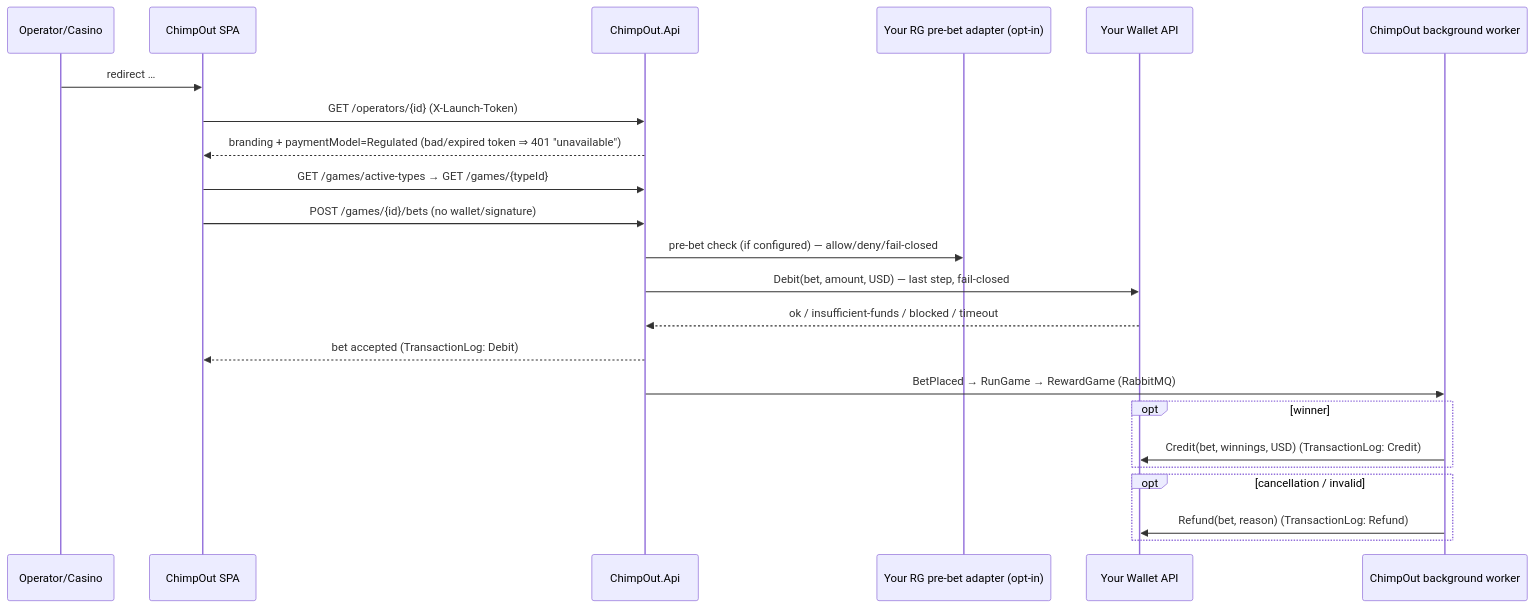
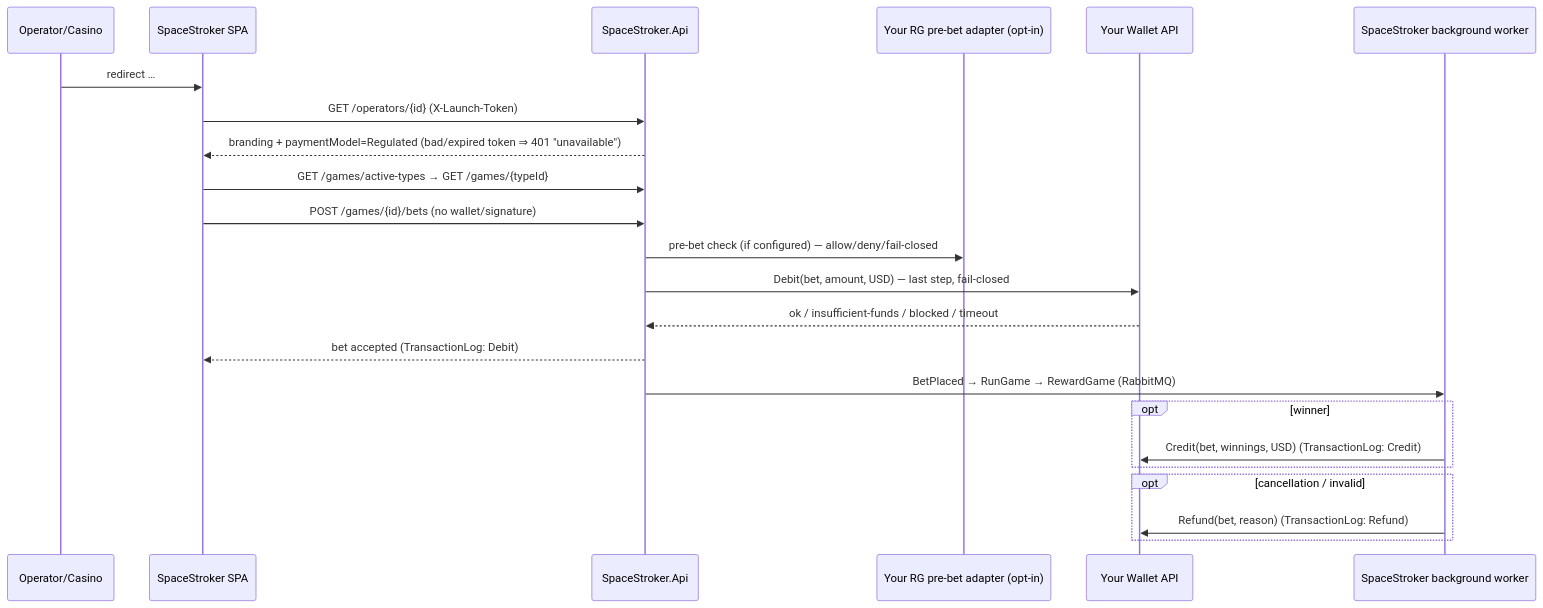
The first of 2 diagrams in specs/sales-technical-documents.md (marcusruas/monkify-meta), drawn with Mermaid before and after one commit. The commit also changed other lines of this file and 99 other files, not shown here.

First line of the commit message:
Rename ChimpOut -> SpaceStroker across deploy + KB (#75).

````diff
--- a/specs/sales-technical-documents.md
+++ b/specs/sales-technical-documents.md
@@ -273,26 +273,26 @@
 ```mermaid
 sequenceDiagram
   participant Casino as Operator/Casino
-  participant SPA as ChimpOut SPA
-  participant API as ChimpOut.Api
+  participant SPA as SpaceStroker SPA
+  participant API as SpaceStroker.Api
   participant RG as Your RG pre-bet adapter (opt-in)
   participant Wallet as Your Wallet API
-  participant Cons as ChimpOut background worker
+  participant Cons as SpaceStroker background worker
 
   Casino->>SPA: redirect …#launch_token=<jwt> (RS256, iss + sub=ExternalPlayerId)
   SPA->>API: GET /operators/{id} (X-Launch-Token)
   API-->>SPA: branding + paymentModel=Regulated  (bad/expired token ⇒ 401 "unavailable")
   SPA->>API: GET /games/active-types → GET /games/{typeId}
   SPA->>API: POST /games/{id}/bets (no wallet/signature)
   API->>RG: pre-bet check (if configured) — allow/deny/fail-closed
   API->>Wallet: Debit(bet, amount, USD)  — last step, fail-closed
   Wallet-->>API: ok / insufficient-funds / blocked / timeout
   API-->>SPA: bet accepted (TransactionLog: Debit)
   API->>Cons: BetPlaced → RunGame → RewardGame (RabbitMQ)
   opt winner
     Cons->>Wallet: Credit(bet, winnings, USD)  (TransactionLog: Credit)
   end
   opt cancellation / invalid
     Cons->>Wallet: Refund(bet, reason)  (TransactionLog: Refund)
   end
 ```
````
